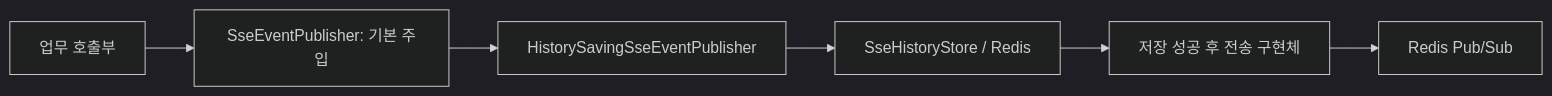
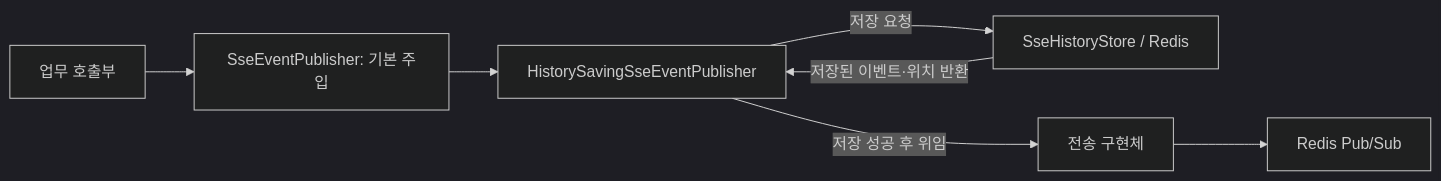
Before and after one commit to codeit-backend13-part4-team1/playlist_for_everyone: the diagram in docs/sse/09-shared-history.md, drawn with Mermaid (dark theme). The commit also changed other lines of this file and 31 other files, not shown here.

````diff
--- a/docs/sse/09-shared-history.md
+++ b/docs/sse/09-shared-history.md
@@ -8,8 +8,9 @@
 ```mermaid
 flowchart LR
     A["업무 호출부"] --> P["SseEventPublisher: 기본 주입"]
     P --> H["HistorySavingSseEventPublisher"]
-    H --> S["SseHistoryStore / Redis"]
-    S --> T["저장 성공 후 전송 구현체"]
+    H -->|저장 요청| S["SseHistoryStore / Redis"]
+    S -->|저장된 이벤트·위치 반환| H
+    H -->|저장 성공 후 위임| T["전송 구현체"]
     T --> R["Redis Pub/Sub"]
 ```
````
